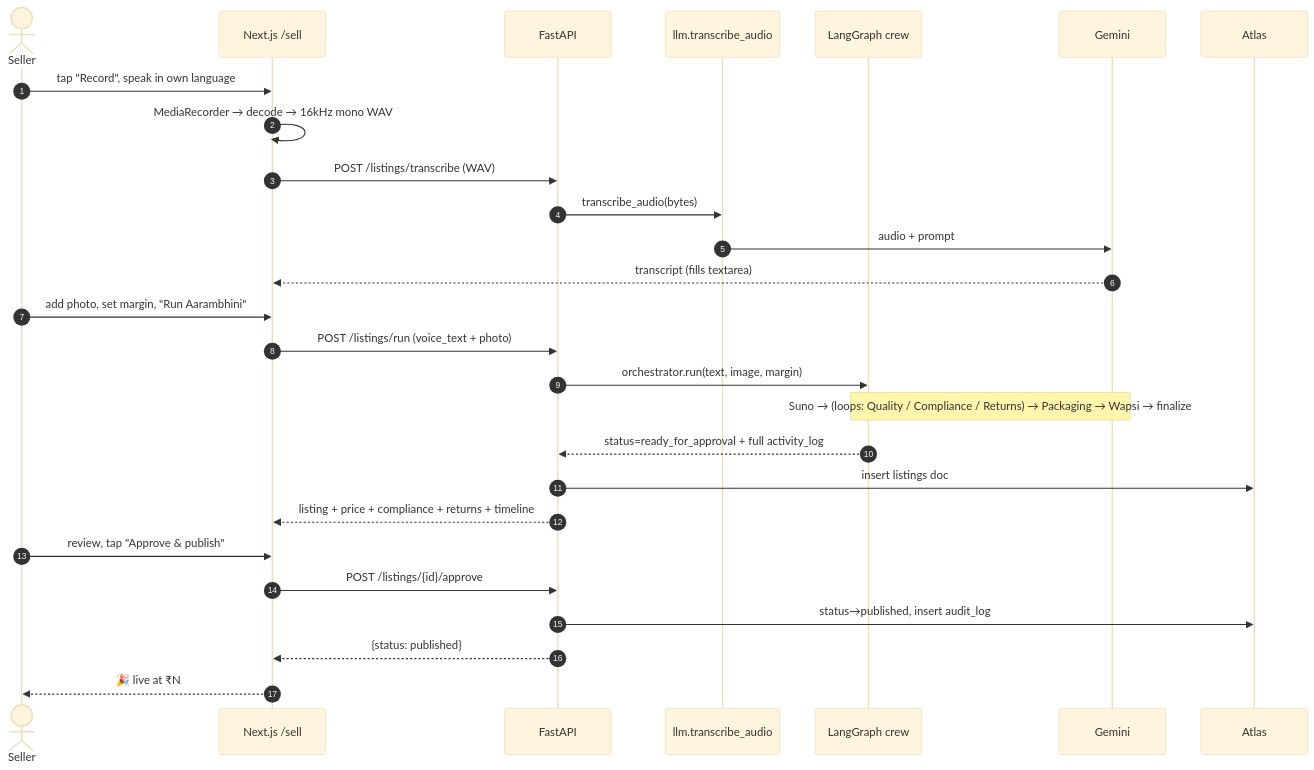
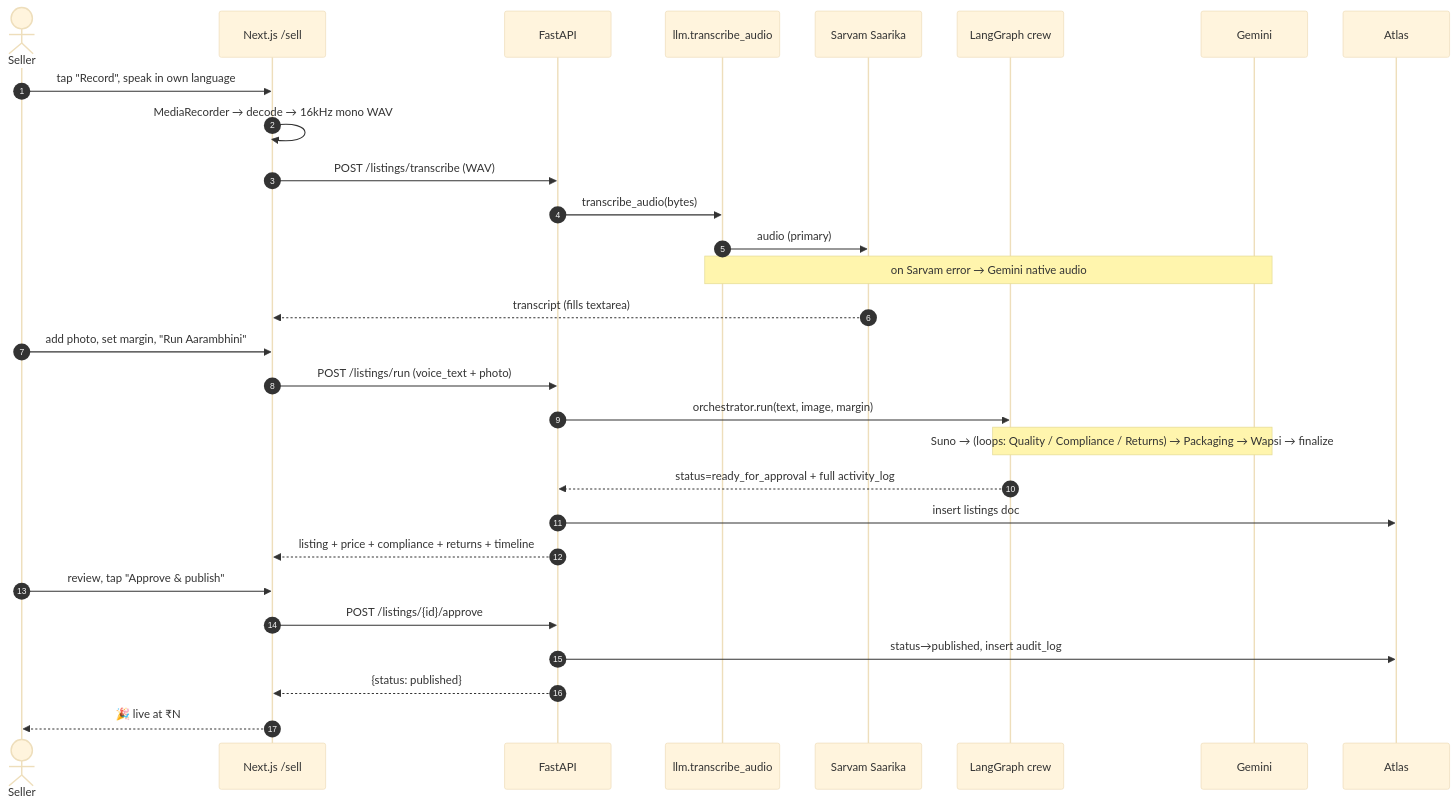
The fourth of 4 diagrams in docs/ARCHITECTURE.md (sandana1918/Aarambhini), drawn with Mermaid (base theme) before and after one commit. The commit also changed other lines of this file and 5 other files, not shown here.

First line of the commit message:
Make Sarvam Saarika the primary STT, Gemini the fallback

````diff
--- a/docs/ARCHITECTURE.md
+++ b/docs/ARCHITECTURE.md
@@ -259,33 +261,35 @@
 ```mermaid
 sequenceDiagram
     autonumber
     actor Seller
     participant UI as Next.js /sell
     participant API as FastAPI
     participant STT as llm.transcribe_audio
+    participant SARV as Sarvam Saarika
     participant ORCH as LangGraph crew
     participant GEM as Gemini
     participant DB as Atlas
 
     Seller->>UI: tap "Record", speak in own language
     UI->>UI: MediaRecorder → decode → 16kHz mono WAV
     UI->>API: POST /listings/transcribe (WAV)
     API->>STT: transcribe_audio(bytes)
-    STT->>GEM: audio + prompt
-    GEM-->>UI: transcript (fills textarea)
+    STT->>SARV: audio (primary)
+    Note over STT,GEM: on Sarvam error → Gemini native audio
+    SARV-->>UI: transcript (fills textarea)
 
     Seller->>UI: add photo, set margin, "Run Aarambhini"
     UI->>API: POST /listings/run (voice_text + photo)
     API->>ORCH: orchestrator.run(text, image, margin)
 
     Note over ORCH,GEM: Suno → (loops: Quality / Compliance / Returns) → Packaging → Wapsi → finalize
     ORCH-->>API: status=ready_for_approval + full activity_log
     API->>DB: insert listings doc
     API-->>UI: listing + price + compliance + returns + timeline
 
     Seller->>UI: review, tap "Approve & publish"
     UI->>API: POST /listings/{id}/approve
     API->>DB: status→published, insert audit_log
     API-->>UI: {status: published}
     UI-->>Seller: 🎉 live at ₹N
 ```
````
